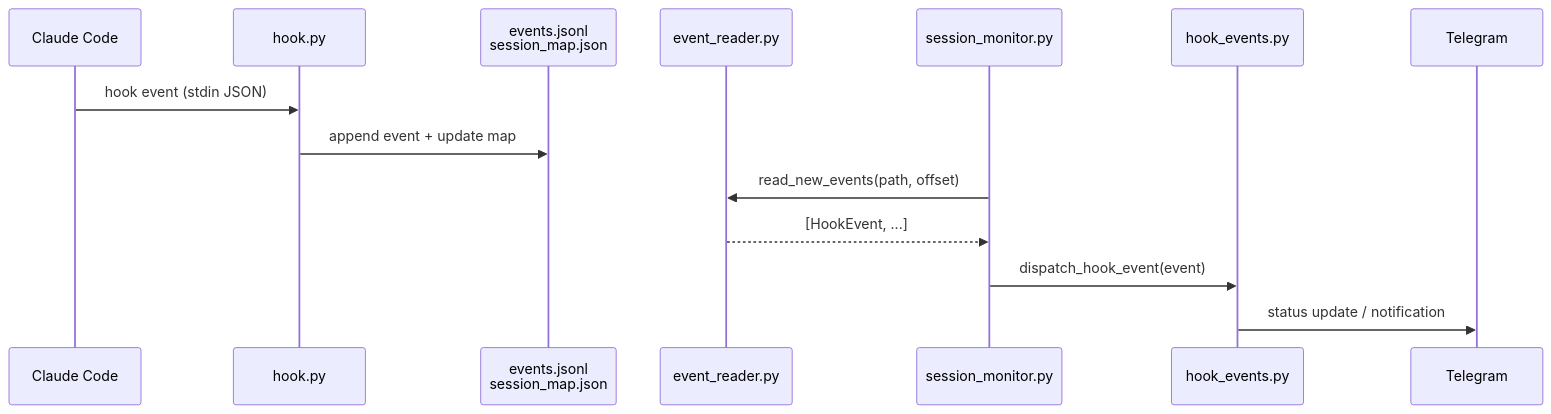
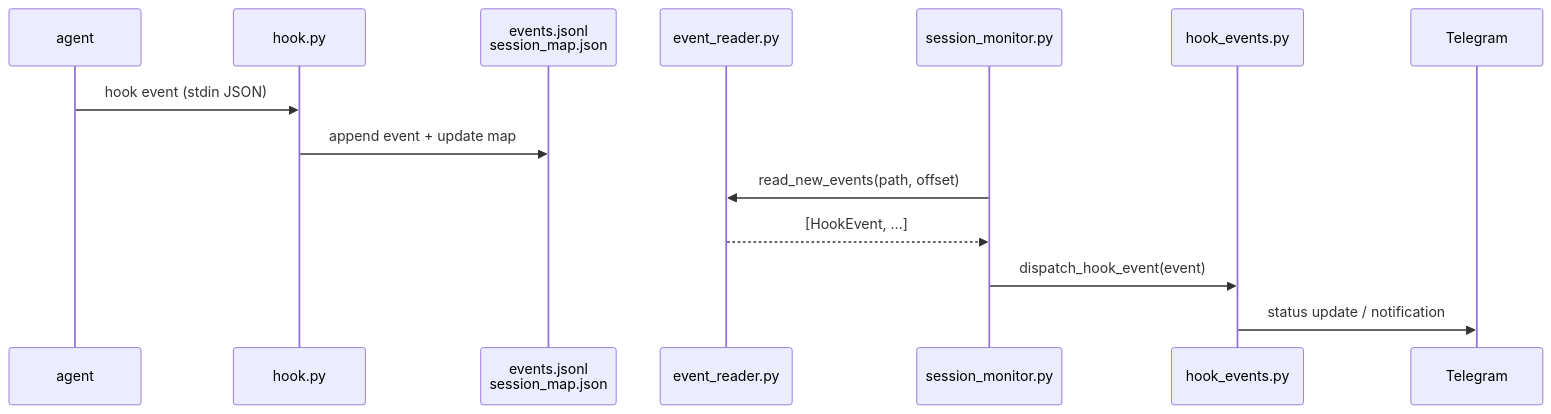
The seventh of 10 diagrams in docs/architecture.md (legale/ccgram), drawn with Mermaid before and after one commit. The commit also changed other lines of this file and 23 other files, not shown here.

````diff
--- a/docs/architecture.md
+++ b/docs/architecture.md
@@ -242,17 +242,17 @@
 ```mermaid
 sequenceDiagram
-    participant Claude as Claude Code
+    participant Claude as agent
     participant Hook as hook.py
     participant EventFiles as events.jsonl<br>session_map.json
     participant EventReader as event_reader.py
     participant SessionMonitor as session_monitor.py
     participant HookEvents as hook_events.py
     participant Telegram
 
     Claude->>Hook: hook event (stdin JSON)
     Hook->>EventFiles: append event + update map
     SessionMonitor->>EventReader: read_new_events(path, offset)
     EventReader-->>SessionMonitor: [HookEvent, ...]
     SessionMonitor->>HookEvents: dispatch_hook_event(event)
     HookEvents->>Telegram: status update / notification
 ```
````
